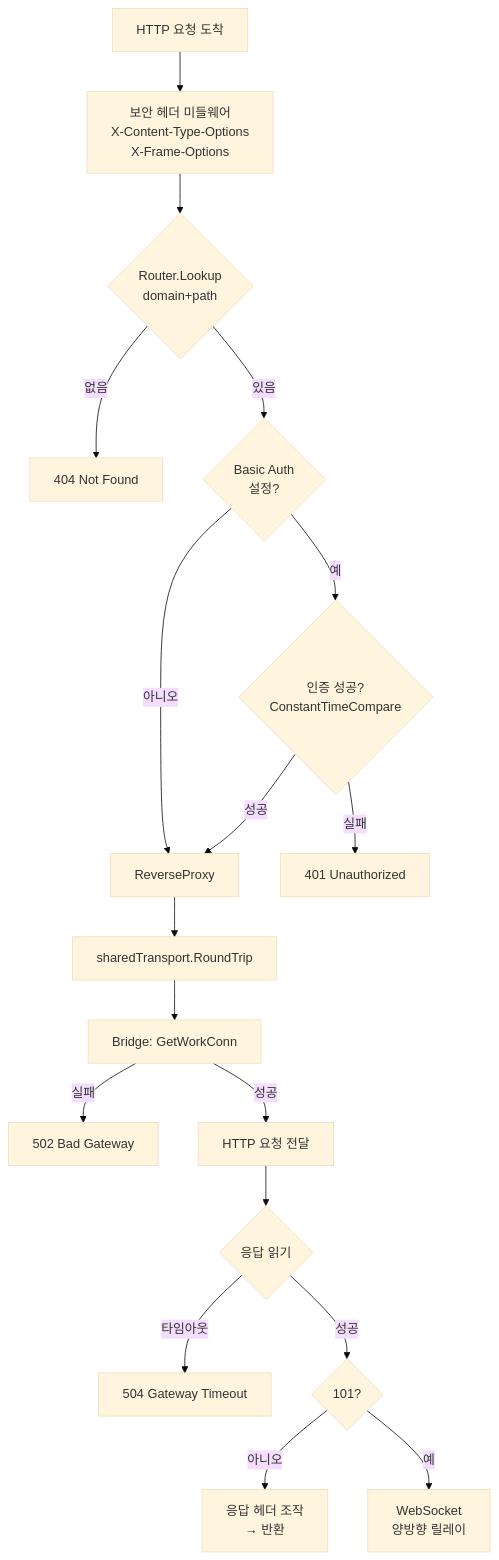
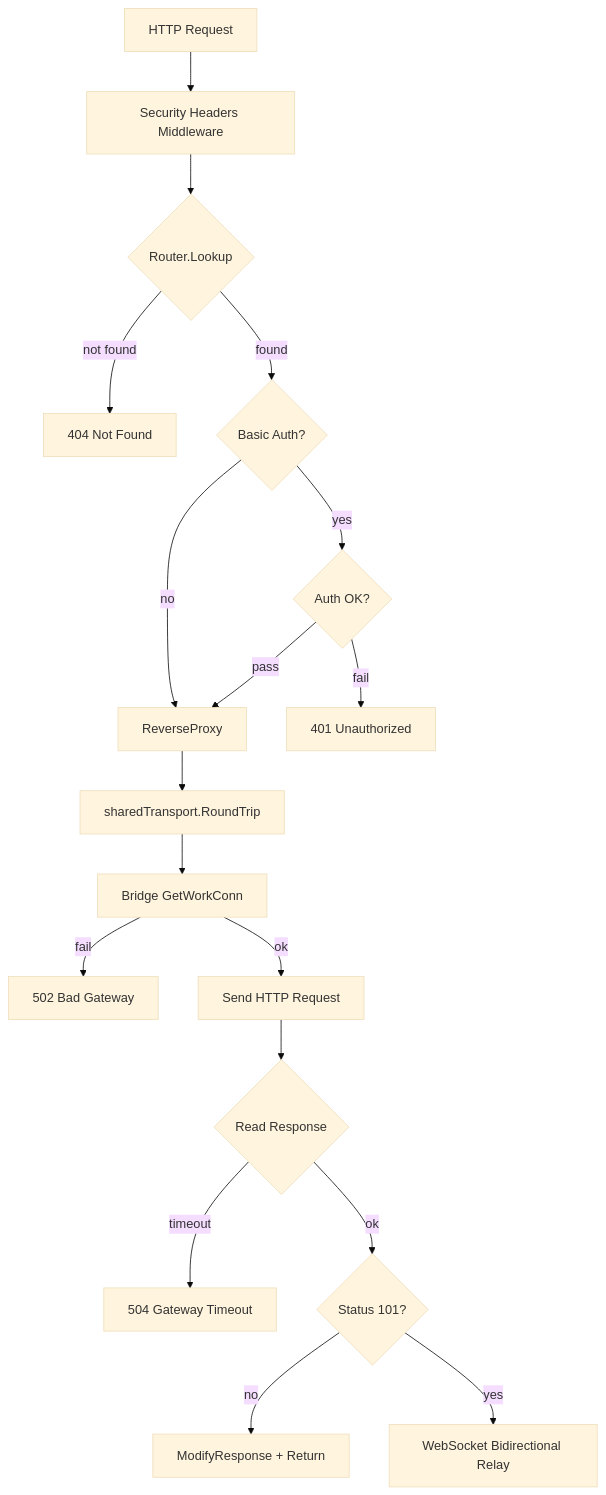
One commit to cagojeiger/drp changed the first of 4 diagrams in docs/architecture/service-layer.md. Above: the diagram before and after it, drawn with Mermaid (base theme). The commit also changed other lines of this file and 3 other files, not shown here.

First line of the commit message:
fix(docs): rewrite all Mermaid diagrams for VS Code compatibility

````diff
--- a/docs/architecture/service-layer.md
+++ b/docs/architecture/service-layer.md
@@ -16,20 +16,20 @@
 ```mermaid
 flowchart TD
-    Req[HTTP 요청 도착] --> MW[보안 헤더 미들웨어<br/>X-Content-Type-Options<br/>X-Frame-Options]
-    MW --> Lookup{Router.Lookup<br/>domain+path}
-    Lookup -->|없음| E404[404 Not Found]
-    Lookup -->|있음| AuthCheck{Basic Auth<br/>설정?}
-    AuthCheck -->|아니오| Proxy[ReverseProxy]
-    AuthCheck -->|예| AuthVerify{인증 성공?<br/>ConstantTimeCompare}
-    AuthVerify -->|실패| E401[401 Unauthorized]
-    AuthVerify -->|성공| Proxy
-    Proxy --> RT[sharedTransport.RoundTrip]
-    RT --> WC[Bridge: GetWorkConn]
-    WC -->|실패| E502[502 Bad Gateway]
-    WC -->|성공| Write[HTTP 요청 전달]
-    Write --> Read{응답 읽기}
-    Read -->|타임아웃| E504[504 Gateway Timeout]
-    Read -->|성공| WS{101?}
-    WS -->|아니오| ModResp[응답 헤더 조작<br/>→ 반환]
-    WS -->|예| Relay[WebSocket<br/>양방향 릴레이]
+    Req["HTTP Request"] --> MW["Security Headers Middleware"]
+    MW --> Lookup{"Router.Lookup"}
+    Lookup -->|"not found"| E404["404 Not Found"]
+    Lookup -->|"found"| AuthCheck{"Basic Auth?"}
+    AuthCheck -->|"no"| Proxy["ReverseProxy"]
+    AuthCheck -->|"yes"| AuthVerify{"Auth OK?"}
+    AuthVerify -->|"fail"| E401["401 Unauthorized"]
+    AuthVerify -->|"pass"| Proxy
+    Proxy --> RT["sharedTransport.RoundTrip"]
+    RT --> WC["Bridge GetWorkConn"]
+    WC -->|"fail"| E502["502 Bad Gateway"]
+    WC -->|"ok"| Write["Send HTTP Request"]
+    Write --> Read{"Read Response"}
+    Read -->|"timeout"| E504["504 Gateway Timeout"]
+    Read -->|"ok"| WS{"Status 101?"}
+    WS -->|"no"| ModResp["ModifyResponse + Return"]
+    WS -->|"yes"| Relay["WebSocket Bidirectional Relay"]
 ```
````
